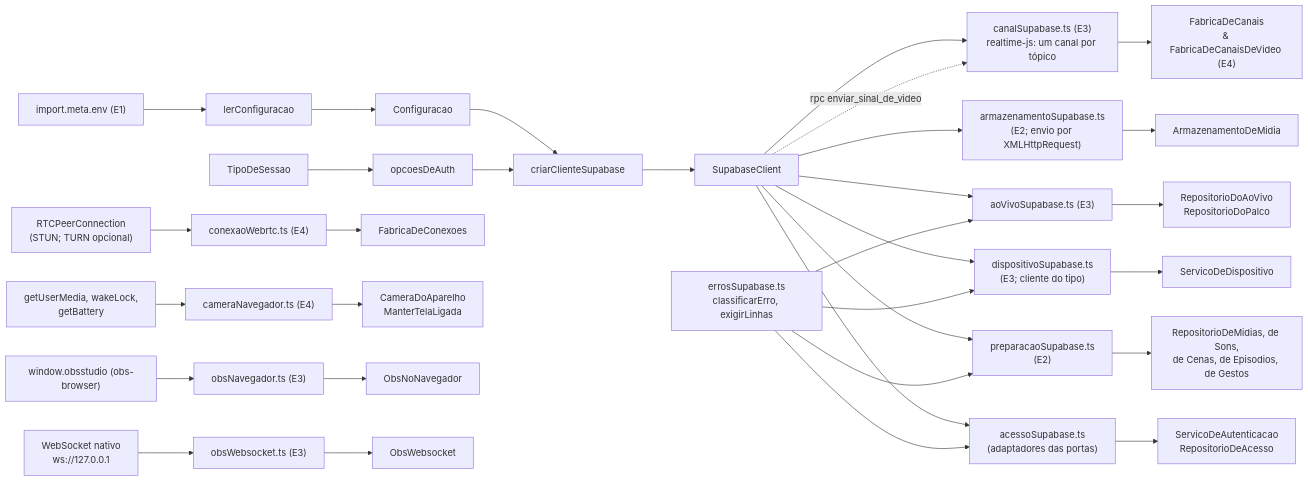
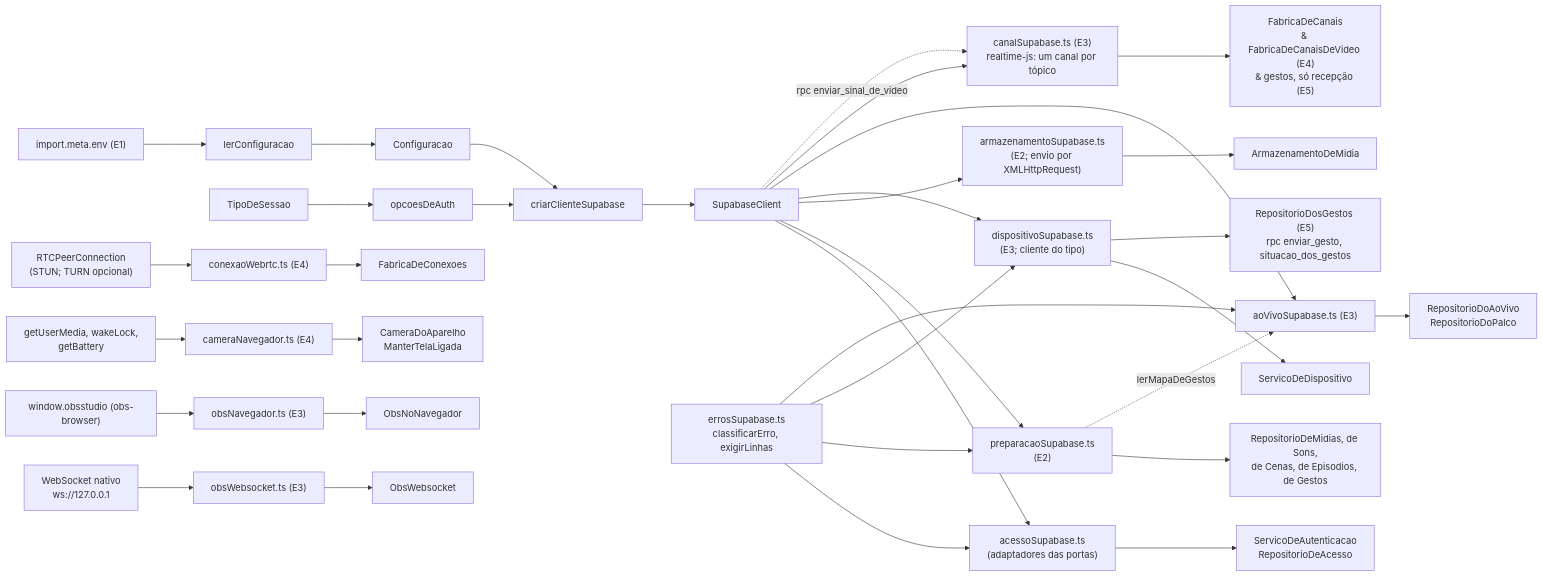
Before and after one commit to TokumoH/RevocastCameras: the diagram in src/shared/infra/README.md, drawn with Mermaid. The commit also changed other lines of this file and 20 other files, not shown here.

First line of the commit message:
feat: E5 Tarefa 4 — adaptadores: canal de gestos, rpc dos gestos e carga do palco (VER-061)

````diff
--- a/src/shared/infra/README.md
+++ b/src/shared/infra/README.md
@@ -156,34 +160,36 @@
 ```mermaid
 flowchart LR
     E["import.meta.env (E1)"] --> L[lerConfiguracao]
     L --> C[Configuracao]
     C --> K[criarClienteSupabase]
     T[TipoDeSessao] --> O[opcoesDeAuth]
     O --> K
     K --> S[SupabaseClient]
     S --> AS["acessoSupabase.ts<br/>(adaptadores das portas)"]
     AS --> P["ServicoDeAutenticacao<br/>RepositorioDeAcesso"]
     S --> PS["preparacaoSupabase.ts<br/>(E2)"]
     PS --> PR["RepositorioDeMidias, de Sons,<br/>de Cenas, de Episodios, de Gestos"]
     S --> AR["armazenamentoSupabase.ts<br/>(E2; envio por XMLHttpRequest)"]
     AR --> AM[ArmazenamentoDeMidia]
     ER["errosSupabase.ts<br/>classificarErro, exigirLinhas"] --> AS
     ER --> PS
     S --> DS["dispositivoSupabase.ts<br/>(E3; cliente do tipo)"]
     DS --> SD[ServicoDeDispositivo]
     S --> AVS["aoVivoSupabase.ts (E3)"]
     AVS --> RAV["RepositorioDoAoVivo<br/>RepositorioDoPalco"]
     S --> CS["canalSupabase.ts (E3)<br/>realtime-js: um canal por tópico"]
-    CS --> FC["FabricaDeCanais<br/>& FabricaDeCanaisDeVideo (E4)"]
+    CS --> FC["FabricaDeCanais<br/>& FabricaDeCanaisDeVideo (E4)<br/>& gestos, só recepção (E5)"]
     S -. rpc enviar_sinal_de_video .-> CS
+    DS --> RG["RepositorioDosGestos (E5)<br/>rpc enviar_gesto, situacao_dos_gestos"]
+    PS -. lerMapaDeGestos .-> AVS
     RTC["RTCPeerConnection<br/>(STUN; TURN opcional)"] --> CW["conexaoWebrtc.ts (E4)"]
     CW --> FCX[FabricaDeConexoes]
     NAV["getUserMedia, wakeLock,<br/>getBattery"] --> CN["cameraNavegador.ts (E4)"]
     CN --> PCN["CameraDoAparelho<br/>ManterTelaLigada"]
     ER --> DS
     ER --> AVS
     W["window.obsstudio (obs-browser)"] --> ON["obsNavegador.ts (E3)"]
     ON --> PON[ObsNoNavegador]
     WS["WebSocket nativo<br/>ws://127.0.0.1"] --> OW["obsWebsocket.ts (E3)"]
     OW --> POW[ObsWebsocket]
 ```
````
